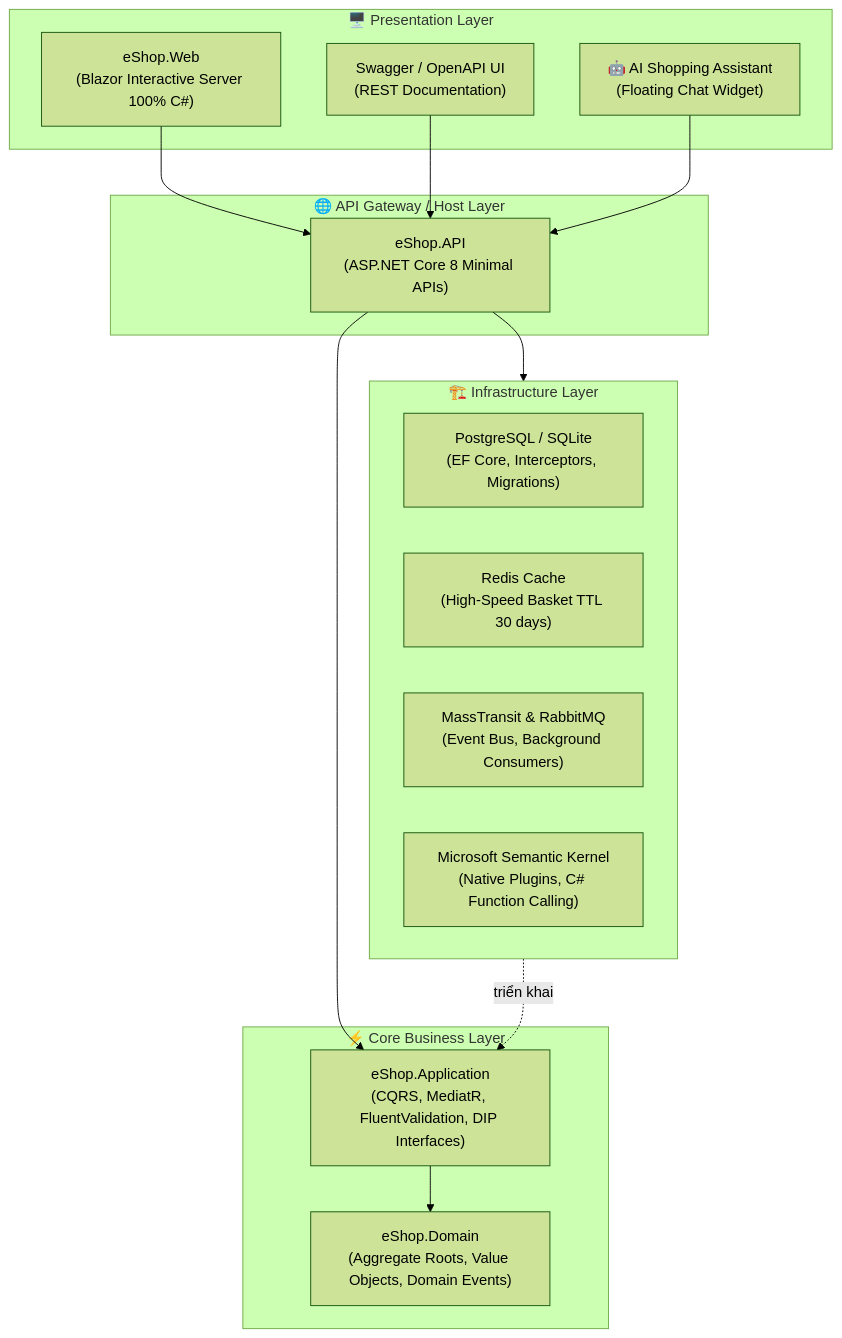
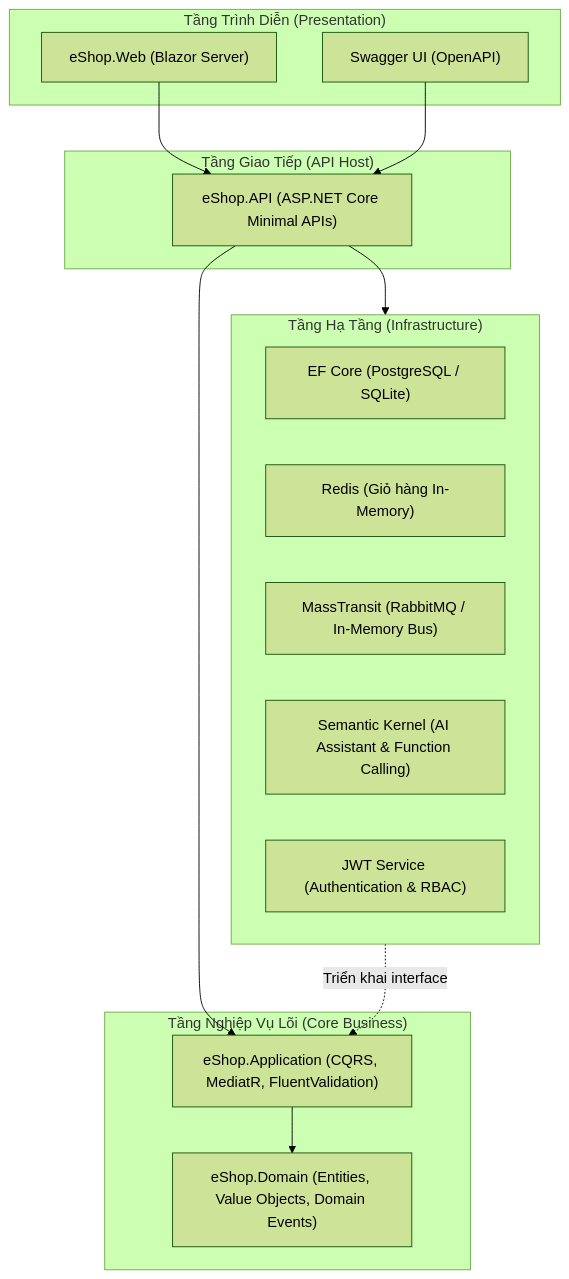
One commit to Hieuvo1227/eShop_dotNet changed the diagram in README.md. Above: the diagram before and after it, drawn with Mermaid (forest theme). The commit also changed other lines of this file, not shown here.

Commit message:
docs: update README with developer-oriented technical documentation

````diff
--- a/README.md
+++ b/README.md
@@ -15,32 +11,31 @@
 ```mermaid
 flowchart TD
-    subgraph ClientLayer["🖥️ Presentation Layer"]
-        BLAZOR["eShop.Web<br/>(Blazor Interactive Server 100% C#)"]
-        SWAGGER["Swagger / OpenAPI UI<br/>(REST Documentation)"]
-        AI_WIDGET["🤖 AI Shopping Assistant<br/>(Floating Chat Widget)"]
+    subgraph Presentation["Tầng Trình Diễn (Presentation)"]
+        WEB["eShop.Web (Blazor Server)"]
+        SWAGGER["Swagger UI (OpenAPI)"]
     end
 
-    subgraph ApiLayer["🌐 API Gateway / Host Layer"]
-        API["eShop.API<br/>(ASP.NET Core 8 Minimal APIs)"]
+    subgraph API["Tầng Giao Tiếp (API Host)"]
+        HOST["eShop.API (ASP.NET Core Minimal APIs)"]
     end
 
-    subgraph AppLayer["⚡ Core Business Layer"]
-        APP["eShop.Application<br/>(CQRS, MediatR, FluentValidation, DIP Interfaces)"]
-        DOMAIN["eShop.Domain<br/>(Aggregate Roots, Value Objects, Domain Events)"]
+    subgraph Core["Tầng Nghiệp Vụ Lõi (Core Business)"]
+        APP["eShop.Application (CQRS, MediatR, FluentValidation)"]
+        DOMAIN["eShop.Domain (Entities, Value Objects, Domain Events)"]
     end
 
-    subgraph InfraLayer["🏗️ Infrastructure Layer"]
-        EF["PostgreSQL / SQLite<br/>(EF Core, Interceptors, Migrations)"]
-        REDIS["Redis Cache<br/>(High-Speed Basket TTL 30 days)"]
-        BROKER["MassTransit & RabbitMQ<br/>(Event Bus, Background Consumers)"]
-        SK["Microsoft Semantic Kernel<br/>(Native Plugins, C# Function Calling)"]
+    subgraph Infra["Tầng Hạ Tầng (Infrastructure)"]
+        DATA["EF Core (PostgreSQL / SQLite)"]
+        CACHE["Redis (Giỏ hàng In-Memory)"]
+        BUS["MassTransit (RabbitMQ / In-Memory Bus)"]
+        AI["Semantic Kernel (AI Assistant & Function Calling)"]
+        AUTH["JWT Service (Authentication & RBAC)"]
     end
 
-    BLAZOR --> API
-    SWAGGER --> API
-    AI_WIDGET --> API
-    API --> APP
+    WEB --> HOST
+    SWAGGER --> HOST
+    HOST --> APP
     APP --> DOMAIN
-    API --> InfraLayer
-    InfraLayer -. triển khai .-> APP
+    HOST --> Infra
+    Infra -.->|Triển khai interface| APP
 ```
````
